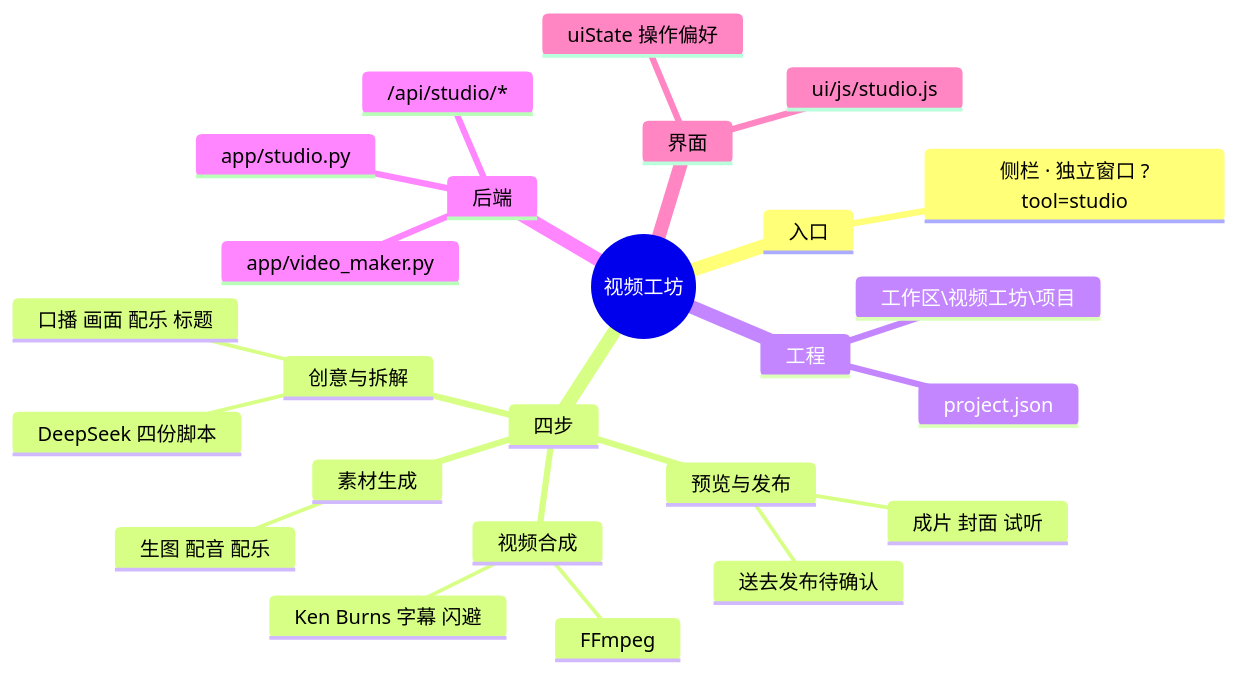
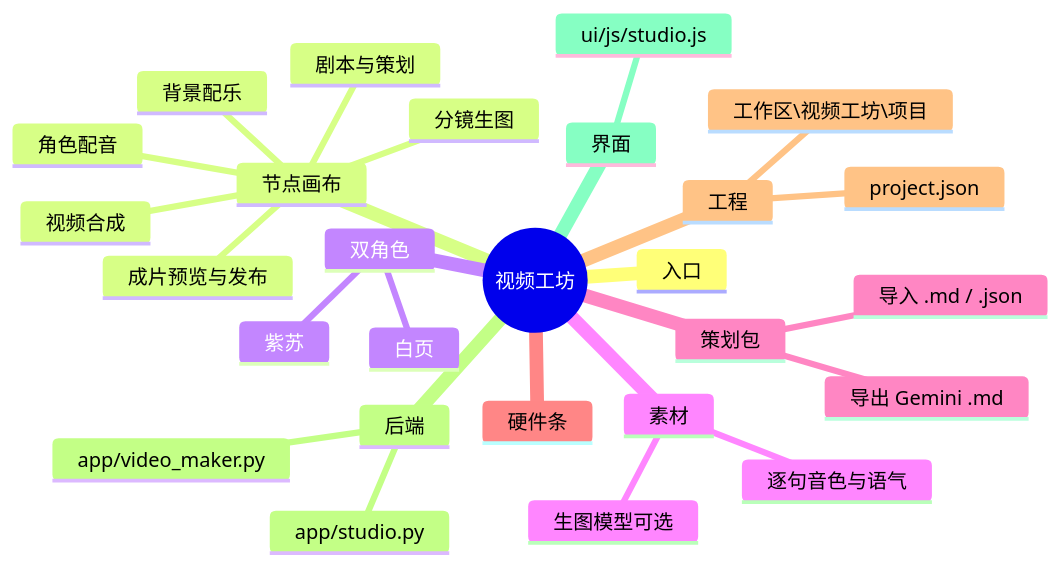
Before and after one commit to lql-076/Experiment-Agent-One: the diagram in docs/AI文档/架构/20-视频工坊.md, drawn with Mermaid. The commit also changed other lines of this file and 19 other files, not shown here.

Commit message:
v3.7.0：视频工坊升级 ComfyUI 六节点工作流（硬件条、Gemini 策划包、生图选模型、双角色逐句配音）

````diff
--- a/docs/AI文档/架构/20-视频工坊.md
+++ b/docs/AI文档/架构/20-视频工坊.md
@@ -9,28 +9,30 @@
 ```mermaid
 mindmap
   root((视频工坊))
     入口
-      侧栏 · 独立窗口 ?tool=studio
-    四步
-      创意与拆解
-        DeepSeek 四份脚本
-        口播 画面 配乐 标题
-      素材生成
-        生图 配音 配乐
+    节点画布
+      剧本与策划
+      分镜生图
+      角色配音
+      背景配乐
       视频合成
-        FFmpeg
-        Ken Burns 字幕 闪避
-      预览与发布
-        成片 封面 试听
-        送去发布待确认
+      成片预览与发布
+    双角色
+      白页
+      紫苏
+    素材
+      生图模型可选
+      逐句音色与语气
+    策划包
+      导出 Gemini .md
+      导入 .md / .json
+    硬件条
     工程
       工作区\视频工坊\项目
       project.json
     后端
       app/studio.py
       app/video_maker.py
-      /api/studio/*
     界面
       ui/js/studio.js
-      uiState 操作偏好
 ```
````
